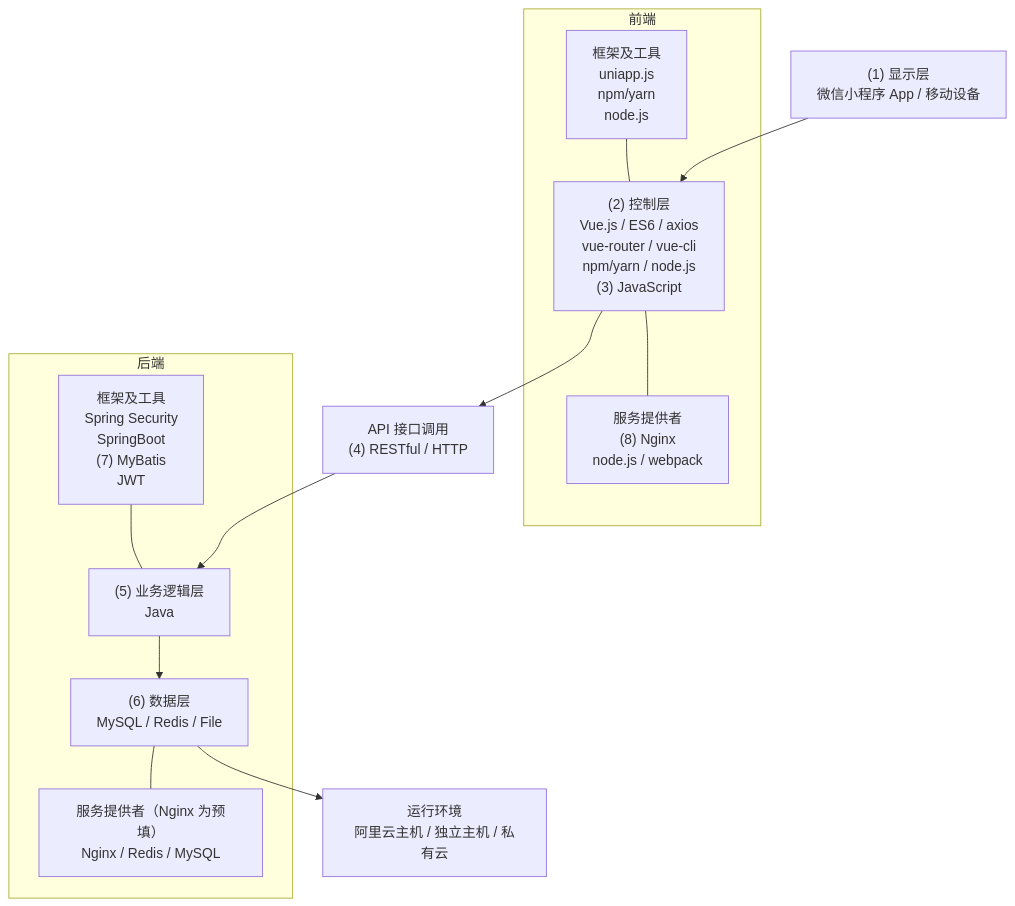
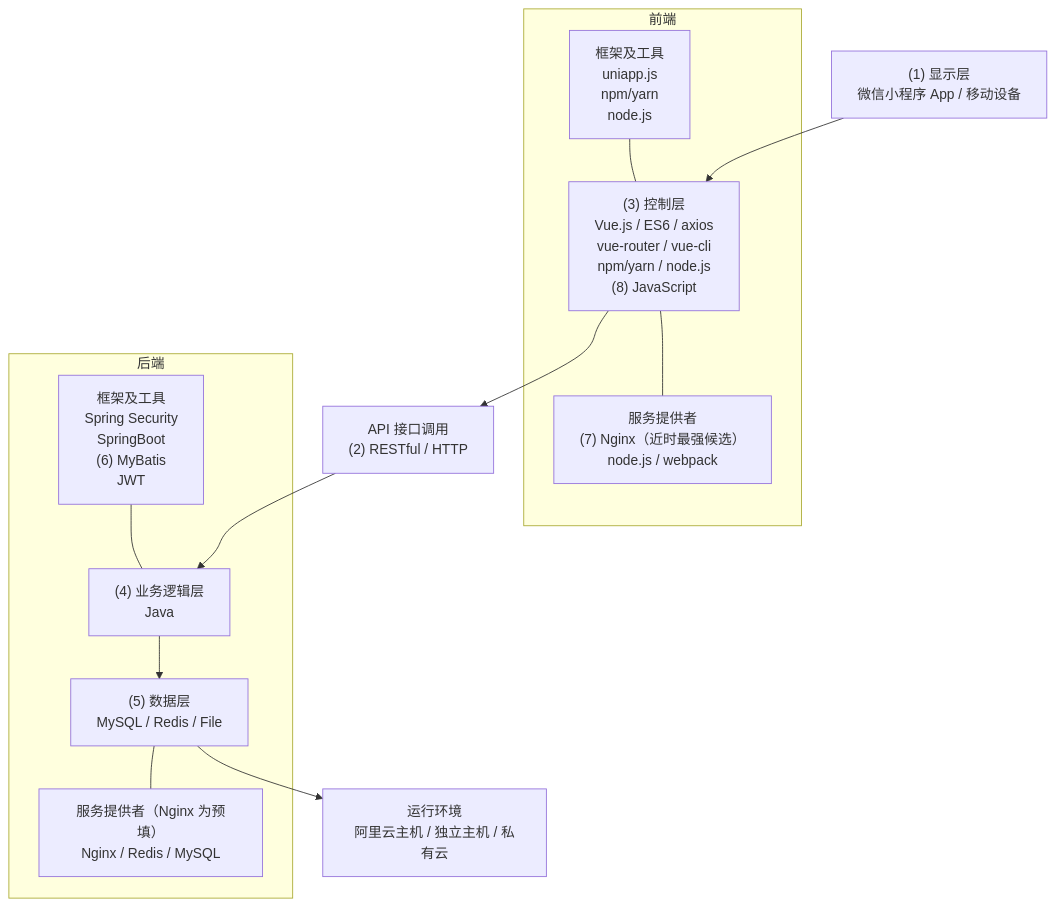
Before and after one commit to YoungHong1992/ruankao-senior-architecture-designer: the fifth of 6 diagrams in 02.历年真题-清洗版/2024年下半年-系统架构设计师-案例分析.md, drawn with Mermaid. The commit also changed other lines of this file and 16 other files, not shown here.

````diff
--- a/02.历年真题-清洗版/2024年下半年-系统架构设计师-案例分析.md
+++ b/02.历年真题-清洗版/2024年下半年-系统架构设计师-案例分析.md
@@ -340,29 +348,29 @@
 ```mermaid
 flowchart TB
     DISPLAY["(1) 显示层<br/>微信小程序 App / 移动设备"]
 
     subgraph FRONT["前端"]
         FTOOLS["框架及工具<br/>uniapp.js<br/>npm/yarn<br/>node.js"]
-        CONTROL["(2) 控制层<br/>Vue.js / ES6 / axios<br/>vue-router / vue-cli<br/>npm/yarn / node.js<br/>(3) JavaScript"]
-        FPROVIDER["服务提供者<br/>(8) Nginx<br/>node.js / webpack"]
+        CONTROL["(3) 控制层<br/>Vue.js / ES6 / axios<br/>vue-router / vue-cli<br/>npm/yarn / node.js<br/>(8) JavaScript"]
+        FPROVIDER["服务提供者<br/>(7) Nginx（近时最强候选）<br/>node.js / webpack"]
         FTOOLS --- CONTROL
         CONTROL --- FPROVIDER
     end
 
-    API["API 接口调用<br/>(4) RESTful / HTTP"]
+    API["API 接口调用<br/>(2) RESTful / HTTP"]
 
     subgraph BACK["后端"]
-        BTOOLS["框架及工具<br/>Spring Security<br/>SpringBoot<br/>(7) MyBatis<br/>JWT"]
-        LOGIC["(5) 业务逻辑层<br/>Java"]
-        DATA["(6) 数据层<br/>MySQL / Redis / File"]
+        BTOOLS["框架及工具<br/>Spring Security<br/>SpringBoot<br/>(6) MyBatis<br/>JWT"]
+        LOGIC["(4) 业务逻辑层<br/>Java"]
+        DATA["(5) 数据层<br/>MySQL / Redis / File"]
         BPROVIDER["服务提供者（Nginx 为预填）<br/>Nginx / Redis / MySQL"]
         BTOOLS --- LOGIC
         LOGIC --> DATA
         DATA --- BPROVIDER
     end
 
     ENV["运行环境<br/>阿里云主机 / 独立主机 / 私有云"]
 
     DISPLAY --> CONTROL --> API --> LOGIC
     DATA --> ENV
 ```
````
